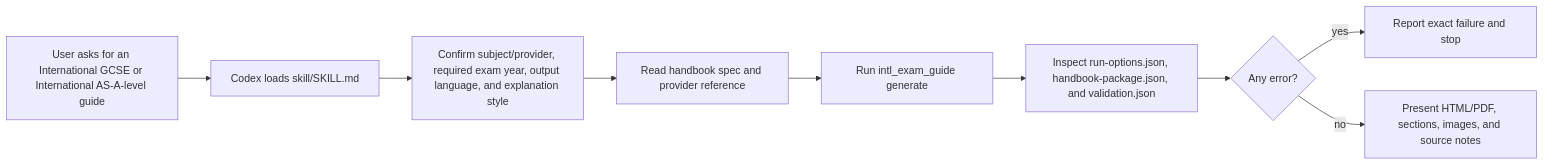
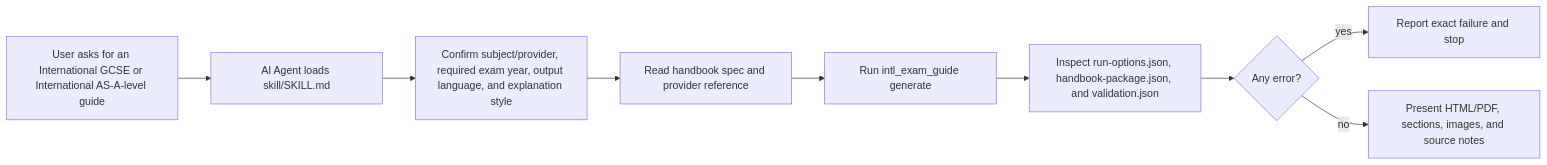
Before and after one commit to ethanzhangliang-creator/international-exam-guide: the first of 2 diagrams in docs/SKILL_EXPLAINED.md, drawn with Mermaid. The commit also changed other lines of this file and 30 other files, not shown here.

````diff
--- a/docs/SKILL_EXPLAINED.md
+++ b/docs/SKILL_EXPLAINED.md
@@ -26,11 +26,11 @@
 ```mermaid
 flowchart LR
-  A["User asks for an International GCSE or International AS-A-level guide"] --> B["Codex loads skill/SKILL.md"]
+  A["User asks for an International GCSE or International AS-A-level guide"] --> B["AI Agent loads skill/SKILL.md"]
   B --> C["Confirm subject/provider, required exam year, output language, and explanation style"]
   C --> D["Read handbook spec and provider reference"]
   D --> E["Run intl_exam_guide generate"]
   E --> F["Inspect run-options.json, handbook-package.json, and validation.json"]
   F --> G{"Any error?"}
   G -->|yes| H["Report exact failure and stop"]
   G -->|no| I["Present HTML/PDF, sections, images, and source notes"]
 ```
````
